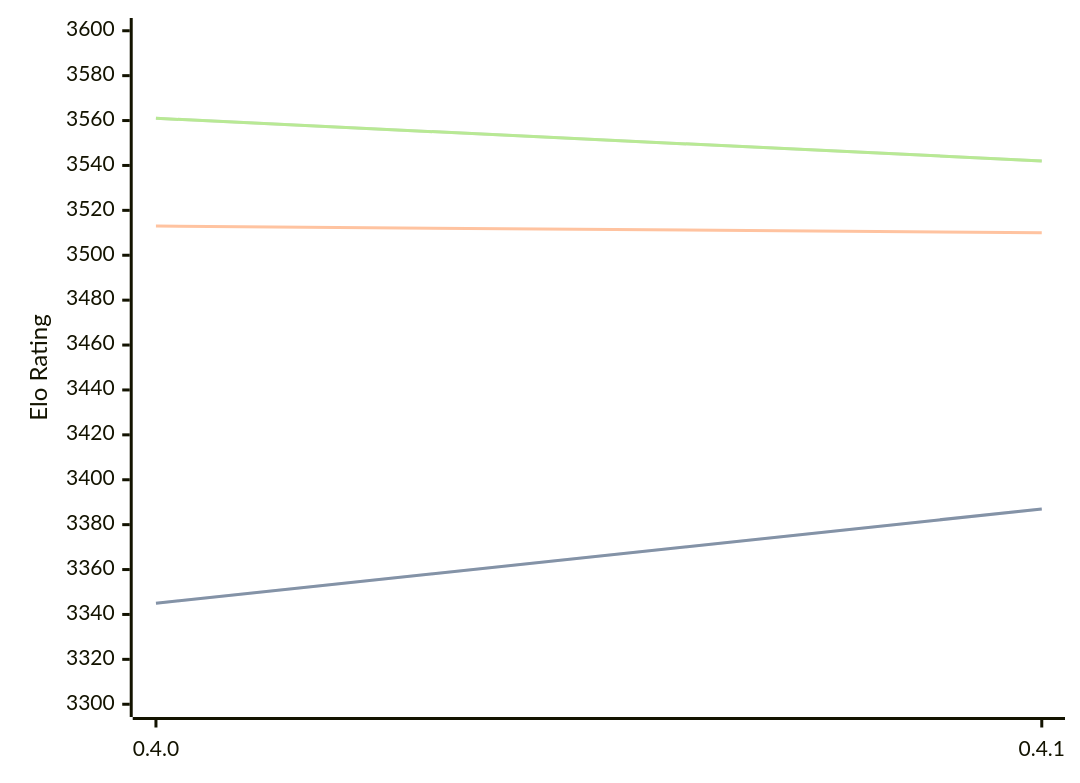
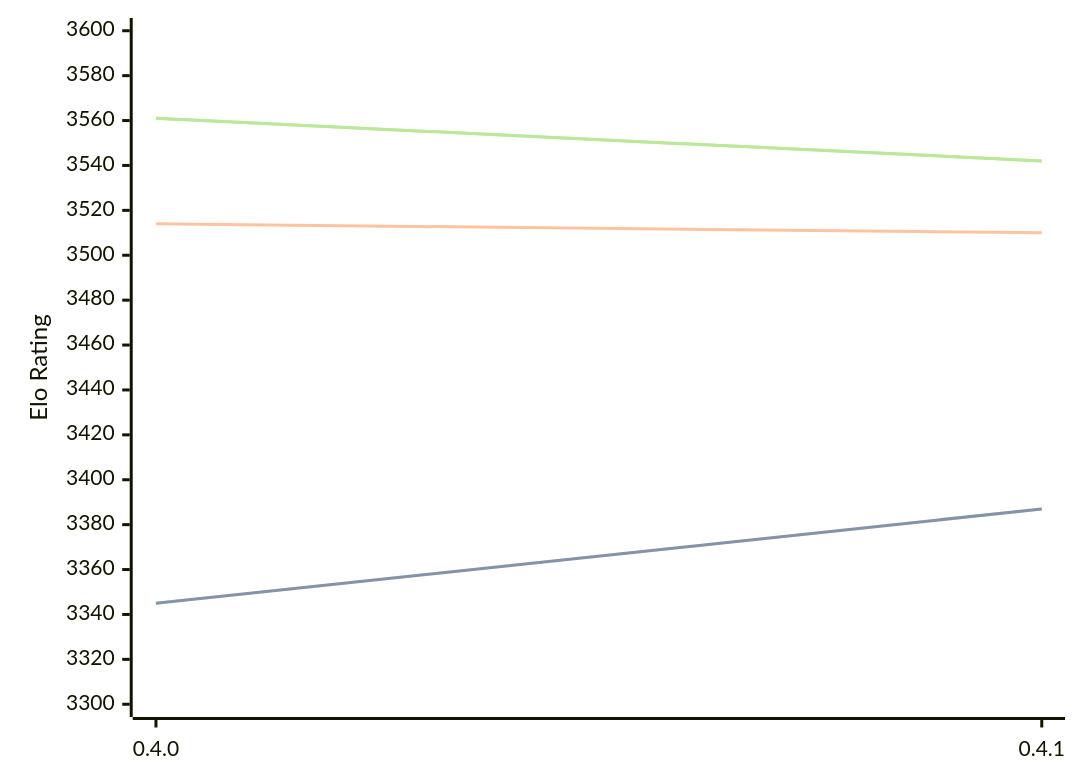
One commit to computer-chess-index/cci changed the diagram in engines/Cinder.md. Above: the diagram before and after it, drawn with Mermaid. The commit also changed other lines of this file, not shown here.

````diff
--- a/engines/Cinder.md
+++ b/engines/Cinder.md
@@ -40,11 +40,11 @@
 ```mermaid
 %%{init: {"theme":"base","themeVariables":{"seriesColors:['#a3a3a3','#222221','#faa371']}}}%%
 xychart-beta
   x-axis ["0.4.0", "0.4.1"]
   y-axis "Elo Rating" 3300 --> 3600
   line "STC (8.0+0.08s)" [3345, 3387]
   line "STC (8.0+0.08s)" [3345, 3387]
-  line "LTC (60.0+0.60s)" [3513, 3510]
+  line "LTC (60.0+0.60s)" [3514, 3510]
   line "VLTC (2m24s+1.12s)" [3561, 3542]
   line "VLTC (2m24s+1.12s)" [3561, 3542]
 ```
````
